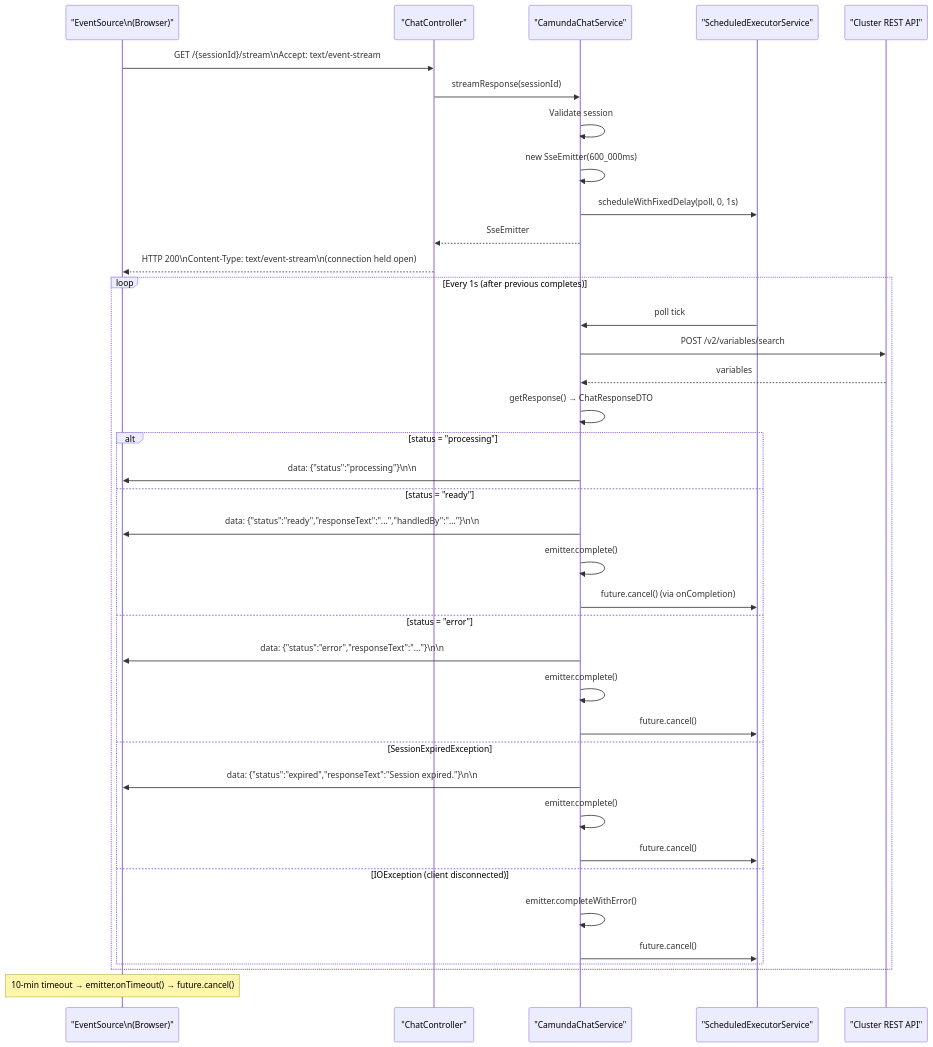
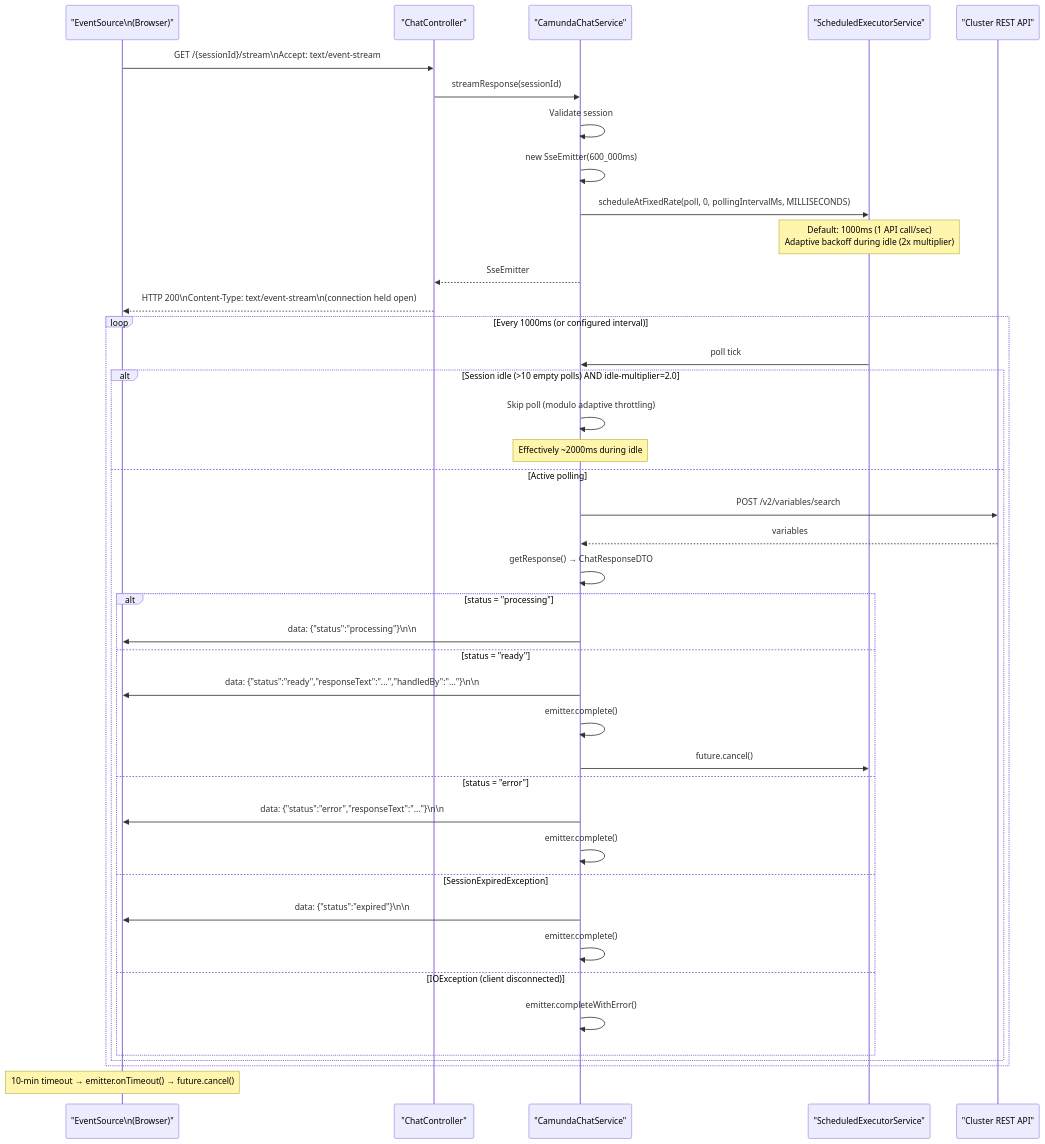
The fifth of 11 diagrams in DOCUMENTATION.md (Mostafa-Mahmoud818/AI-Agent-Chat-With-Tools), drawn with Mermaid before and after one commit. The commit also changed other lines of this file and 10 other files, not shown here.

````diff
--- a/DOCUMENTATION.md
+++ b/DOCUMENTATION.md
@@ -590,44 +676,48 @@
 ```mermaid
 sequenceDiagram
     participant FE as "EventSource\n(Browser)"
     participant CTRL as "ChatController"
     participant SVC as "CamundaChatService"
     participant SCHED as "ScheduledExecutorService"
     participant CA as "Cluster REST API"
 
     FE->>CTRL: GET /{sessionId}/stream\nAccept: text/event-stream
     CTRL->>SVC: streamResponse(sessionId)
     SVC->>SVC: Validate session
     SVC->>SVC: new SseEmitter(600_000ms)
-    SVC->>SCHED: scheduleWithFixedDelay(poll, 0, 1s)
+    SVC->>SCHED: scheduleAtFixedRate(poll, 0, pollingIntervalMs, MILLISECONDS)
+    Note over SCHED: Default: 1000ms (1 API call/sec)<br/>Adaptive backoff during idle (2x multiplier)
     SVC-->>CTRL: SseEmitter
     CTRL-->>FE: HTTP 200\nContent-Type: text/event-stream\n(connection held open)
 
-    loop Every 1s (after previous completes)
+    loop Every 1000ms (or configured interval)
         SCHED->>SVC: poll tick
-        SVC->>CA: POST /v2/variables/search
-        CA-->>SVC: variables
-        SVC->>SVC: getResponse() → ChatResponseDTO
-
-        alt status = "processing"
-            SVC->>FE: data: {"status":"processing"}\n\n
-        else status = "ready"
-            SVC->>FE: data: {"status":"ready","responseText":"...","handledBy":"..."}\n\n
-            SVC->>SVC: emitter.complete()
-            SVC->>SCHED: future.cancel() (via onCompletion)
-        else status = "error"
-            SVC->>FE: data: {"status":"error","responseText":"..."}\n\n
-            SVC->>SVC: emitter.complete()
-            SVC->>SCHED: future.cancel()
-        else SessionExpiredException
-            SVC->>FE: data: {"status":"expired","responseText":"Session expired."}\n\n
-            SVC->>SVC: emitter.complete()
-            SVC->>SCHED: future.cancel()
-        else IOException (client disconnected)
-            SVC->>SVC: emitter.completeWithError()
-            SVC->>SCHED: future.cancel()
+        
+        alt Session idle (>10 empty polls) AND idle-multiplier=2.0
+            SVC->>SVC: Skip poll (modulo adaptive throttling)
+            Note over SVC: Effectively ~2000ms during idle
+        else Active polling
+            SVC->>CA: POST /v2/variables/search
+            CA-->>SVC: variables
+            SVC->>SVC: getResponse() → ChatResponseDTO
+            
+            alt status = "processing"
+                SVC->>FE: data: {"status":"processing"}\n\n
+            else status = "ready"
+                SVC->>FE: data: {"status":"ready","responseText":"...","handledBy":"..."}\n\n
+                SVC->>SVC: emitter.complete()
+                SVC->>SCHED: future.cancel()
+            else status = "error"
+                SVC->>FE: data: {"status":"error","responseText":"..."}\n\n
+                SVC->>SVC: emitter.complete()
+            else SessionExpiredException
+                SVC->>FE: data: {"status":"expired"}\n\n
+                SVC->>SVC: emitter.complete()
+            else IOException (client disconnected)
+                SVC->>SVC: emitter.completeWithError()
+            end
         end
     end
 
     Note over FE: 10-min timeout → emitter.onTimeout() → future.cancel()
 ```
````
